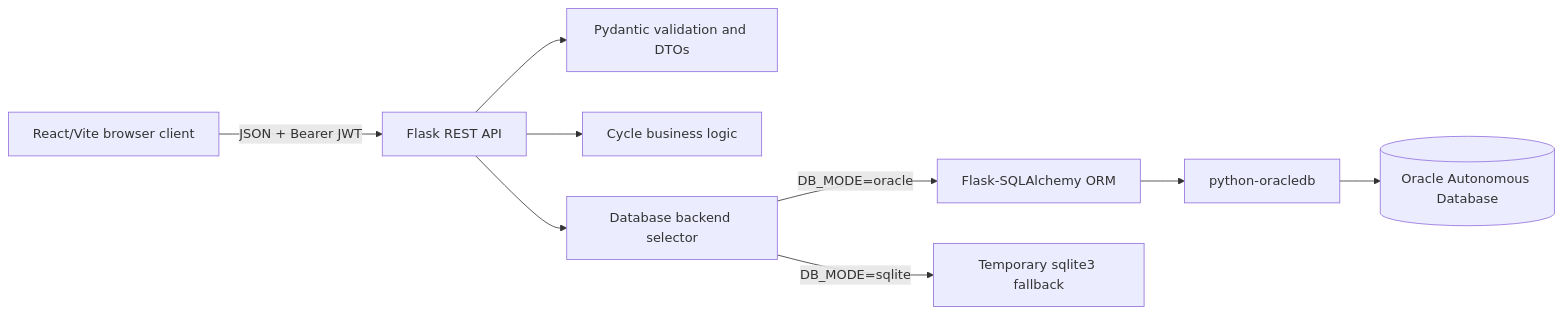
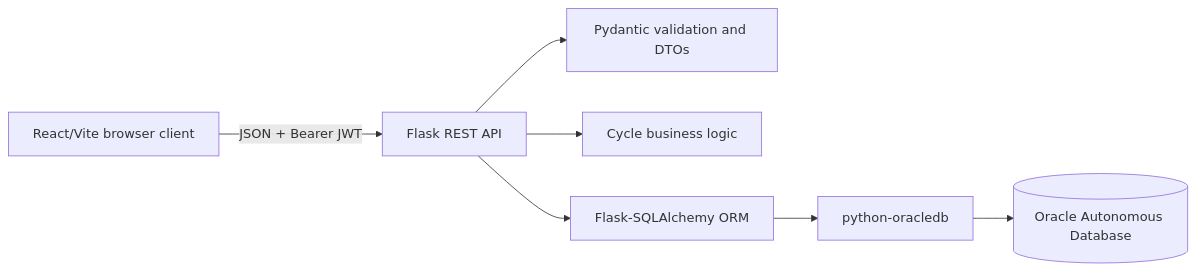
One commit to iamkrii/flow changed the second of 4 diagrams in Report.md. Above: the diagram before and after it, drawn with Mermaid. The commit also changed other lines of this file, not shown here.

````diff
--- a/Report.md
+++ b/Report.md
@@ -219,21 +216,17 @@
 ```mermaid
 flowchart LR
     Browser[React/Vite browser client]
     API[Flask REST API]
     Validation[Pydantic validation and DTOs]
     Logic[Cycle business logic]
-    Selector[Database backend selector]
     Oracle[Flask-SQLAlchemy ORM]
     Driver[python-oracledb]
     ADB[(Oracle Autonomous Database)]
-    SQLite[Temporary sqlite3 fallback]
 
     Browser -->|JSON + Bearer JWT| API
     API --> Validation
     API --> Logic
-    API --> Selector
-    Selector -->|DB_MODE=oracle| Oracle
+    API --> Oracle
     Oracle --> Driver
     Driver --> ADB
-    Selector -->|DB_MODE=sqlite| SQLite
 ```
````
